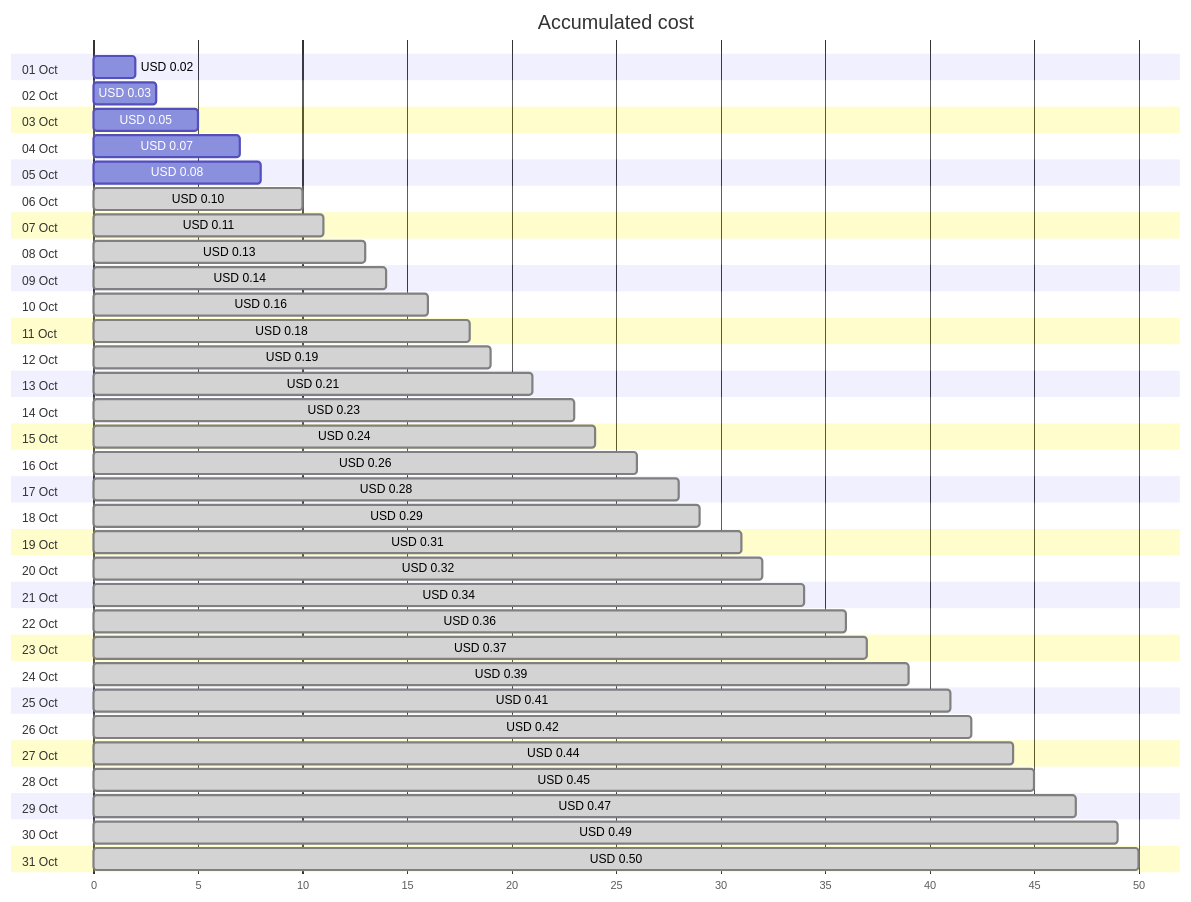
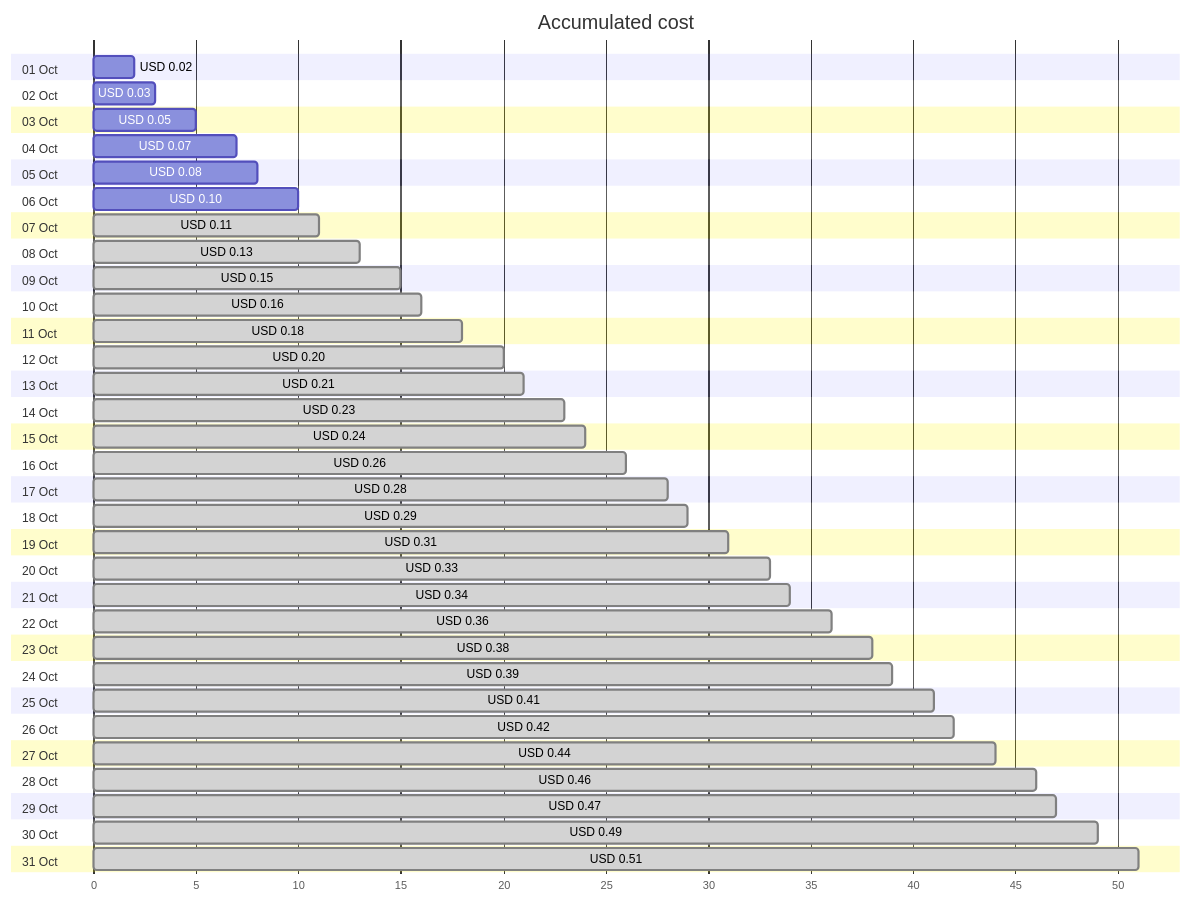
One commit to jpfulton/azure-personal-reports changed the first of 4 diagrams in cost-reports/personal-dns/jpatrickfulton.com.md. Above: the diagram before and after it, drawn with Mermaid. The commit also changed other lines of this file and 2 other files, not shown here.

````diff
--- a/cost-reports/personal-dns/jpatrickfulton.com.md
+++ b/cost-reports/personal-dns/jpatrickfulton.com.md
@@ -20,68 +20,68 @@
 ```mermaid
 gantt
    title Accumulated cost
    dateFormat  X
    axisFormat %s
    section 01 Oct
    USD 0.02 :0, 2
    section 02 Oct
    USD 0.03 :0, 3
    section 03 Oct
    USD 0.05 :0, 5
    section 04 Oct
    USD 0.07 :0, 7
    section 05 Oct
    USD 0.08 :0, 8
    section 06 Oct
-   USD 0.10 : done, 0, 10
+   USD 0.10 :0, 10
    section 07 Oct
    USD 0.11 : done, 0, 11
    section 08 Oct
    USD 0.13 : done, 0, 13
    section 09 Oct
-   USD 0.14 : done, 0, 14
+   USD 0.15 : done, 0, 15
    section 10 Oct
    USD 0.16 : done, 0, 16
    section 11 Oct
    USD 0.18 : done, 0, 18
    section 12 Oct
-   USD 0.19 : done, 0, 19
+   USD 0.20 : done, 0, 20
    section 13 Oct
    USD 0.21 : done, 0, 21
    section 14 Oct
    USD 0.23 : done, 0, 23
    section 15 Oct
    USD 0.24 : done, 0, 24
    section 16 Oct
    USD 0.26 : done, 0, 26
    section 17 Oct
    USD 0.28 : done, 0, 28
    section 18 Oct
    USD 0.29 : done, 0, 29
    section 19 Oct
    USD 0.31 : done, 0, 31
    section 20 Oct
-   USD 0.32 : done, 0, 32
+   USD 0.33 : done, 0, 33
    section 21 Oct
    USD 0.34 : done, 0, 34
    section 22 Oct
    USD 0.36 : done, 0, 36
    section 23 Oct
-   USD 0.37 : done, 0, 37
+   USD 0.38 : done, 0, 38
    section 24 Oct
    USD 0.39 : done, 0, 39
    section 25 Oct
    USD 0.41 : done, 0, 41
    section 26 Oct
    USD 0.42 : done, 0, 42
    section 27 Oct
    USD 0.44 : done, 0, 44
    section 28 Oct
-   USD 0.45 : done, 0, 45
+   USD 0.46 : done, 0, 46
    section 29 Oct
    USD 0.47 : done, 0, 47
    section 30 Oct
    USD 0.49 : done, 0, 49
    section 31 Oct
-   USD 0.50 : done, 0, 50
+   USD 0.51 : done, 0, 51
 ```
````
